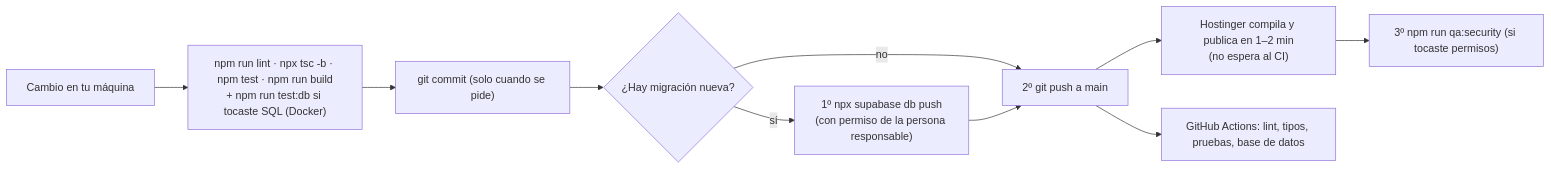
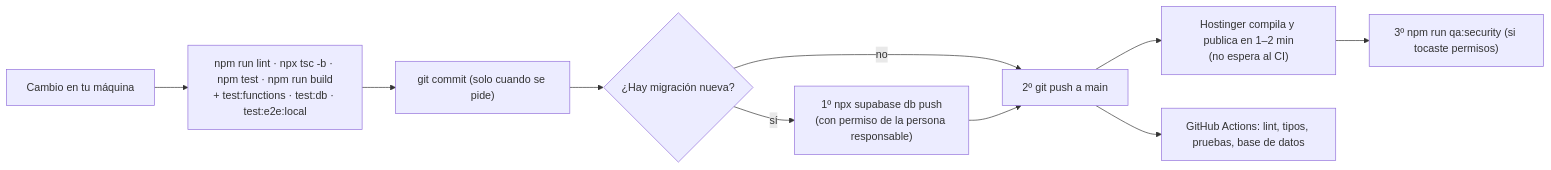
One commit to kvngt/store_control_system changed diagram 13 of 13 in docs/planos.md. Above: the diagram before and after it, drawn with Mermaid. The commit also changed other lines of this file and 309 other files, not shown here.

````diff
--- a/docs/planos.md
+++ b/docs/planos.md
@@ -604,12 +604,12 @@
 ```mermaid
 flowchart LR
-  DEV["Cambio en tu máquina"] --> V["npm run lint · npx tsc -b · npm test · npm run build<br/>+ npm run test:db si tocaste SQL (Docker)"]
+  DEV["Cambio en tu máquina"] --> V["npm run lint · npx tsc -b · npm test · npm run build<br/>+ test:functions · test:db · test:e2e:local"]
   V --> CM["git commit (solo cuando se pide)"]
   CM --> DB{"¿Hay migración nueva?"}
   DB -->|sí| PUSH1["1º npx supabase db push<br/>(con permiso de la persona responsable)"]
   DB -->|no| PUSH2
   PUSH1 --> PUSH2["2º git push a main"]
   PUSH2 --> HOS["Hostinger compila y publica en 1–2 min<br/>(no espera al CI)"]
   PUSH2 --> CI["GitHub Actions: lint, tipos, pruebas, base de datos"]
   HOS --> SEC["3º npm run qa:security (si tocaste permisos)"]
 ```
````
